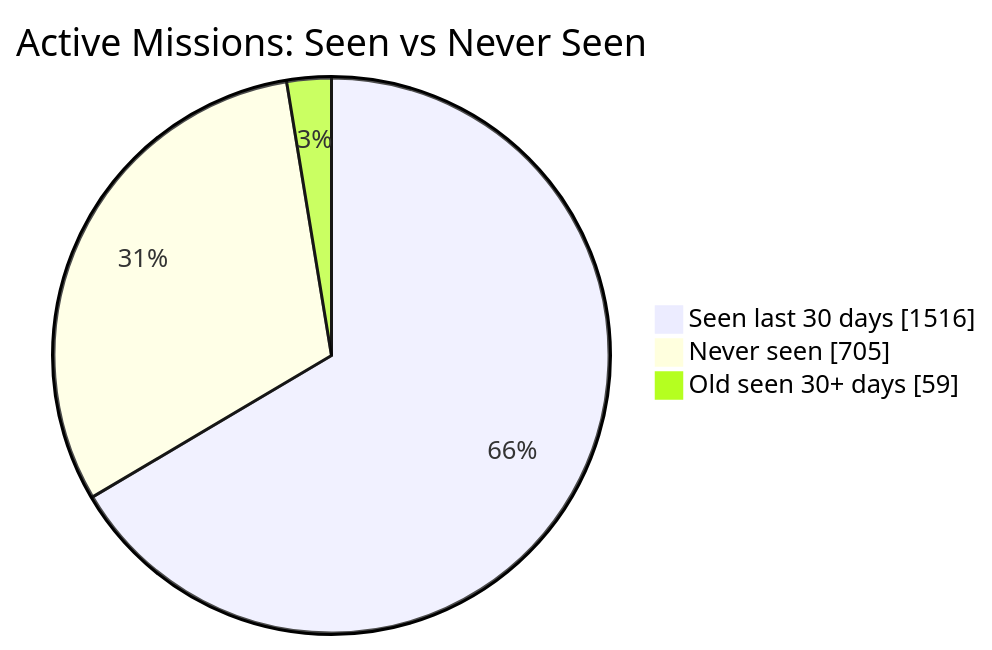
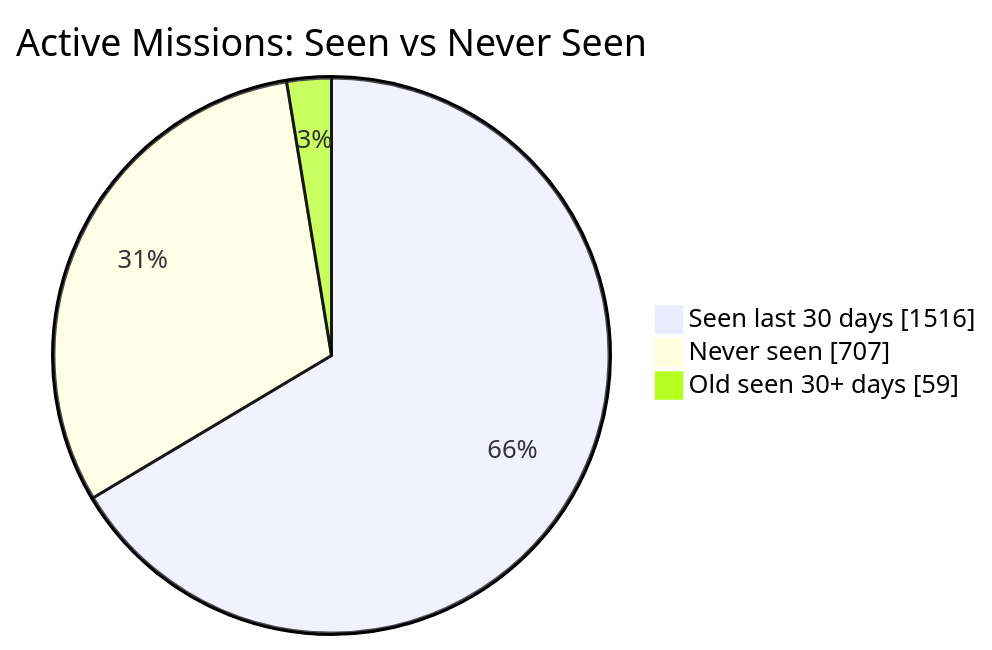
Before and after one commit to MeldkamerspelGameTeam/active-missions: the first of 2 diagrams in README.md, drawn with Mermaid. The commit also changed other lines of this file and 3 other files, not shown here.

````diff
--- a/README.md
+++ b/README.md
@@ -34,7 +34,7 @@
 ```mermaid
 pie showData
     title Active Missions: Seen vs Never Seen
     "Seen last 30 days" : 1516
-    "Never seen" : 705
+    "Never seen" : 707
     "Old seen 30+ days" : 59
 ```
````
